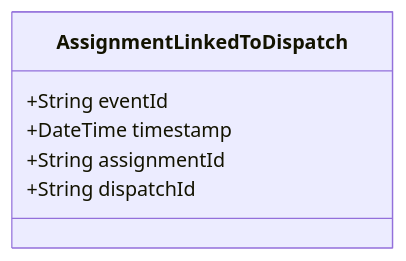
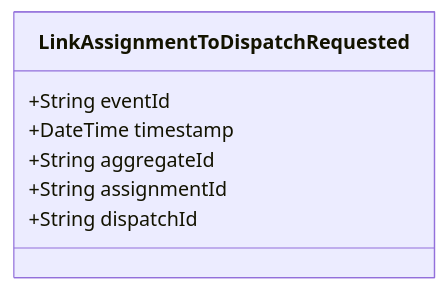
The diagram in doc/events/AssignmentLinkedToDispatch.md (pgraff/police-system), drawn with Mermaid before and after one commit. The commit also changed other lines of this file and 58 other files, not shown here.

````diff
--- a/doc/events/AssignmentLinkedToDispatch.md
+++ b/doc/events/AssignmentLinkedToDispatch.md
@@ -9,9 +9,10 @@
 ```mermaid
 classDiagram
-    class AssignmentLinkedToDispatch {
+    class LinkAssignmentToDispatchRequested {
         +String eventId
         +DateTime timestamp
+        +String aggregateId
         +String assignmentId
         +String dispatchId
     }
 ```
````
